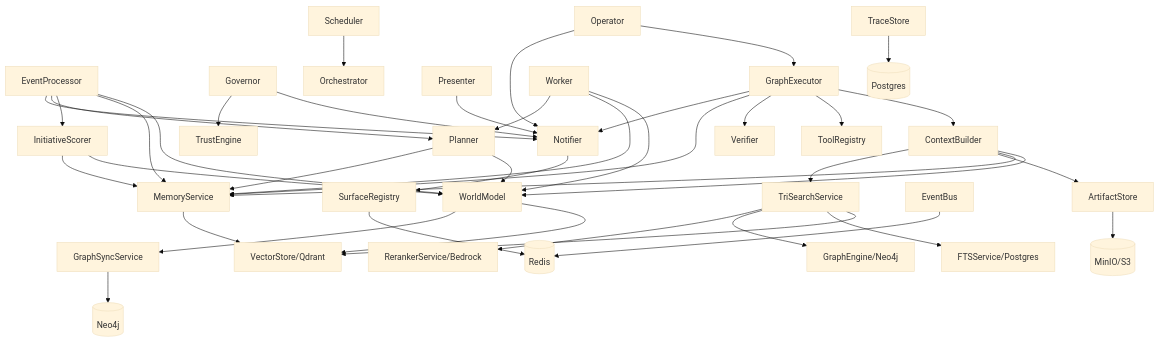
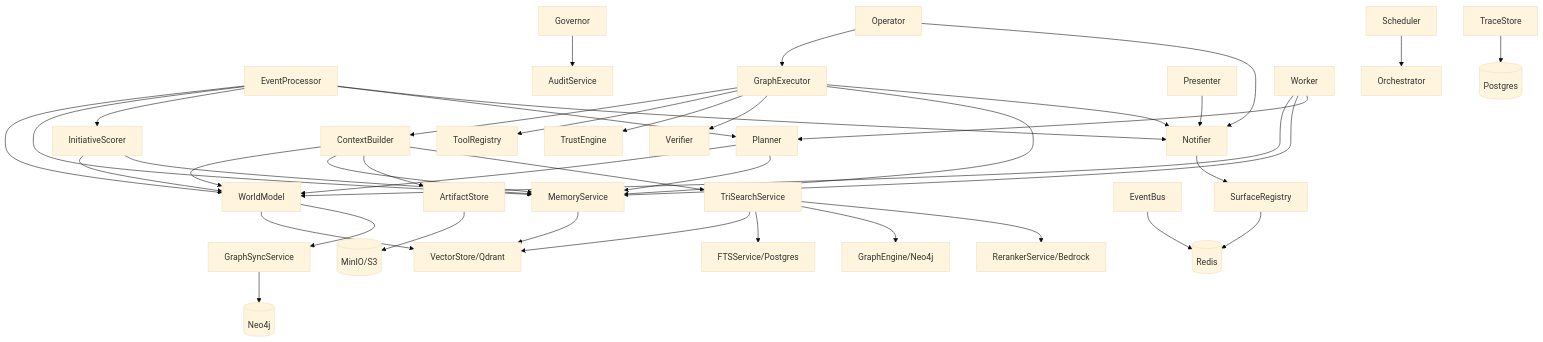
Before and after one commit to shivadharmi/muldro: the diagram in docs/architecture/services.md, drawn with Mermaid (base theme). The commit also changed other lines of this file and 11 other files, not shown here.

First line of the commit message:
docs: update all architecture docs and README for post-15-spec redesign

````diff
--- a/docs/architecture/services.md
+++ b/docs/architecture/services.md
@@ -643,50 +720,50 @@
 ```mermaid
 graph TD
     EP[EventProcessor] --> WM[WorldModel]
     EP --> MS[MemoryService]
     EP --> IS[InitiativeScorer]
     EP --> PL[Planner]
     EP --> NT[Notifier]
 
     IS --> WM
     IS --> MS
     CB[ContextBuilder] --> WM
     CB --> MS
     CB --> AS[ArtifactStore]
     CB --> TS_SEARCH[TriSearchService]
 
     PL --> WM
     PL --> MS
 
-    GOV[Governor] --> NT
-    GOV --> TE[TrustEngine]
+    GOV[Governor] --> AUD[AuditService]
 
     OP[Operator] --> GE[GraphExecutor]
     OP --> NT
 
     GE --> CB
     GE --> TR[ToolRegistry]
+    GE --> TE[TrustEngine]
     GE --> VER[Verifier]
     GE --> MS
     GE --> NT
 
     PR[Presenter] --> NT
 
     SCH[Scheduler] --> ORCH[Orchestrator]
     WK[Worker] --> WM
     WK --> MS
     WK --> PL
 
     TS_SEARCH --> VS[VectorStore/Qdrant]
     TS_SEARCH --> FTS[FTSService/Postgres]
     TS_SEARCH --> N4J_E[GraphEngine/Neo4j]
     TS_SEARCH --> RR[RerankerService/Bedrock]
     WM --> VS
     WM --> GSS[GraphSyncService]
     MS --> VS
     GSS --> N4J[(Neo4j)]
     AS --> S3[(MinIO/S3)]
     TS[TraceStore] --> PG[(Postgres)]
     EB[EventBus] --> RD[(Redis)]
     NT --> SR[SurfaceRegistry] --> RD
 ```
````
